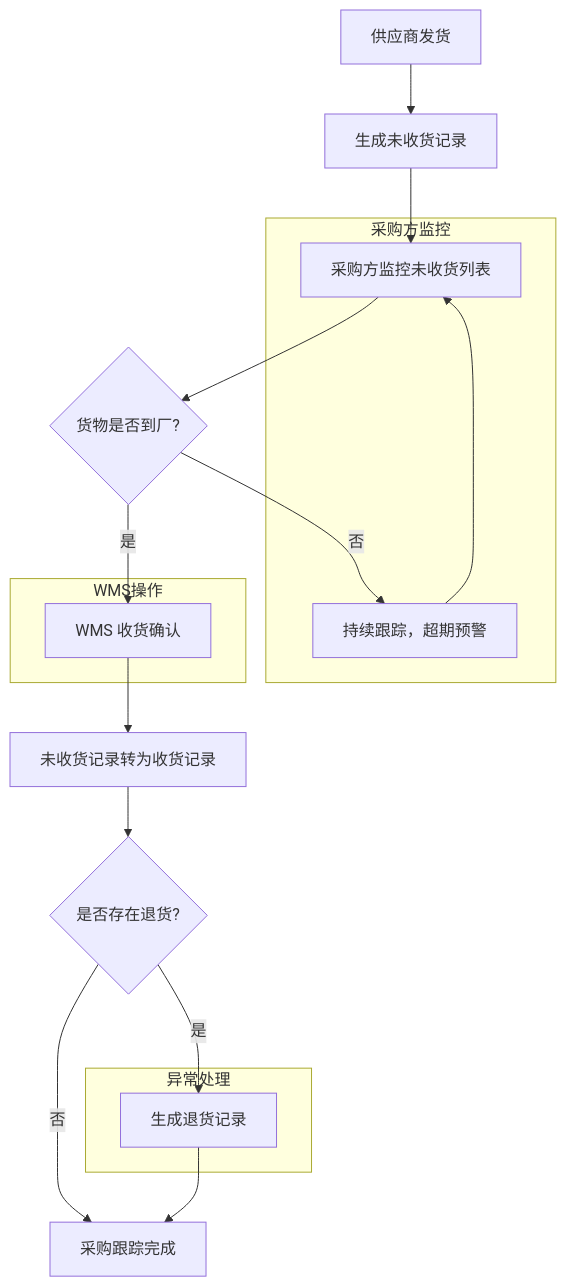
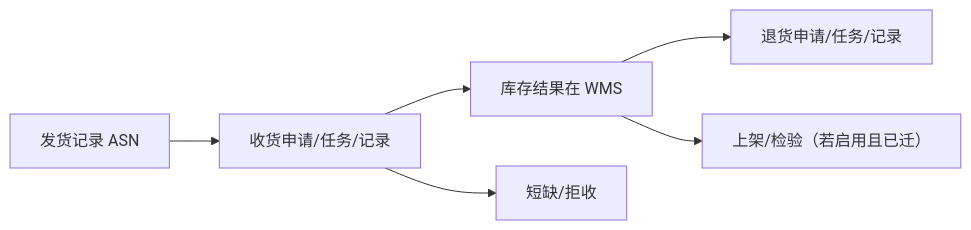
The diagram in docs/10-SCP-供应链平台/06-采购跟踪/index.md (jiargcn/MomProductDocument), drawn with Mermaid before and after one commit. The commit also changed other lines of this file and 27 other files, not shown here.

````diff
--- a/docs/10-SCP-供应链平台/06-采购跟踪/index.md
+++ b/docs/10-SCP-供应链平台/06-采购跟踪/index.md
@@ -52,27 +33,8 @@
 ```mermaid
-flowchart TD
-    A["供应商发货"] --> B["生成未收货记录"]
-    B --> C["采购方监控未收货列表"]
-    C --> D{"货物是否到厂?"}
-    D -->|否| E["持续跟踪，超期预警"]
-    E --> C
-    D -->|是| F["WMS 收货确认"]
-    F --> G["未收货记录转为收货记录"]
-    G --> H{"是否存在退货?"}
-    H -->|是| I["生成退货记录"]
-    H -->|否| J["采购跟踪完成"]
-    I --> J
-
-    subgraph 采购方监控
-        C
-        E
-    end
-
-    subgraph WMS操作
-        F
-    end
-
-    subgraph 异常处理
-        I
-    end
+flowchart LR
+    A["发货记录 ASN"] --> B["收货申请/任务/记录"]
+    B --> C["库存结果在 WMS"]
+    B --> D["短缺/拒收"]
+    C --> E["退货申请/任务/记录"]
+    C --> F["上架/检验（若启用且已迁）"]
 ```
````
